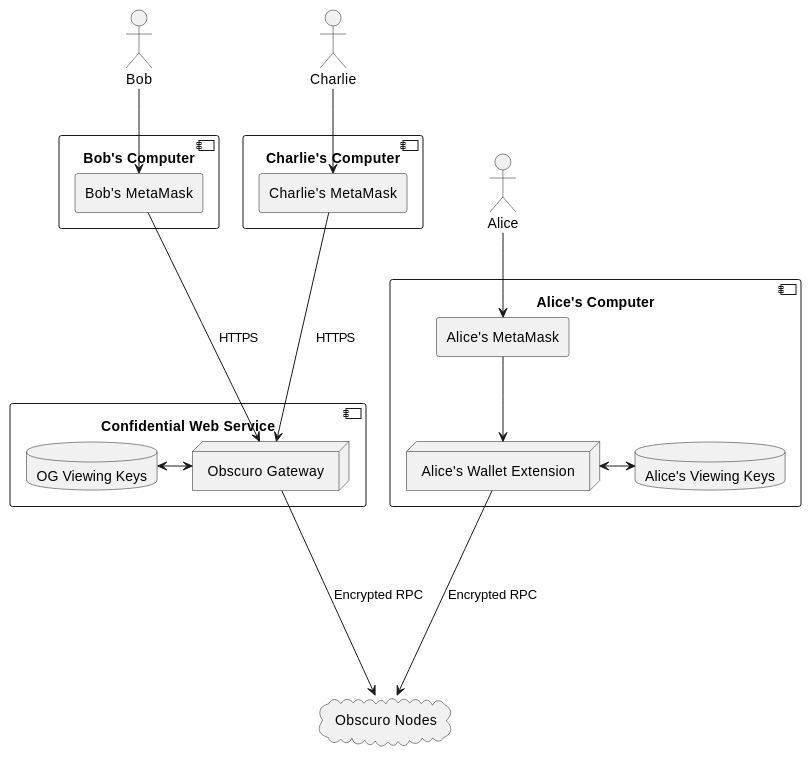
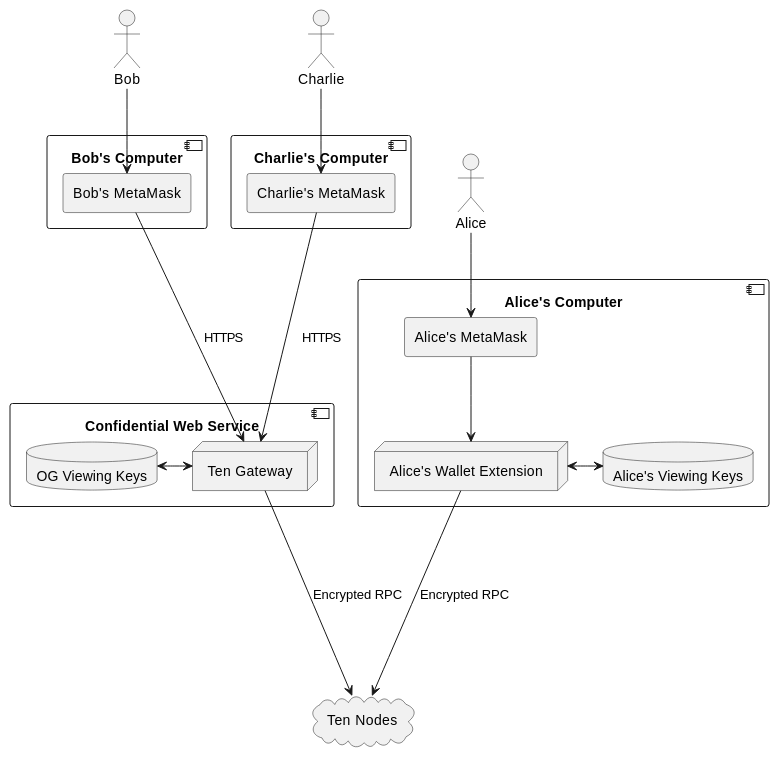
The first of 2 diagrams in design/ux/Obscuro_Gateway.md (ten-protocol/go-ten), drawn with PlantUML before and after one commit. The commit also changed other lines of this file and 73 other files, not shown here.

````diff
--- a/design/ux/Obscuro_Gateway.md
+++ b/design/ux/Obscuro_Gateway.md
@@ -27,41 +27,41 @@
 ```plantuml
 @startuml
 'https://plantuml.com/deployment-diagram
 
-cloud "Obscuro Nodes"
+cloud "Ten Nodes"
 
 actor Alice
 component "Alice's Computer"{
     agent "Alice's MetaMask"
     node "Alice's Wallet Extension"
     database "Alice's Viewing Keys"
 }
 Alice --> "Alice's MetaMask"
 "Alice's MetaMask" --> "Alice's Wallet Extension"
 "Alice's Wallet Extension" <-> "Alice's Viewing Keys"
-"Alice's Wallet Extension" ----> "Obscuro Nodes" : Encrypted RPC
+"Alice's Wallet Extension" ----> "Ten Nodes" : Encrypted RPC
 
 actor Bob
 component "Bob's Computer"{
     agent "Bob's MetaMask"
 }
 component "Confidential Web Service"{
-    node "Obscuro Gateway"
+    node "Ten Gateway"
     database "OG Viewing Keys"
 }
-"OG Viewing Keys" <-> "Obscuro Gateway"
+"OG Viewing Keys" <-> "Ten Gateway"
 
 Bob --> "Bob's MetaMask"
-"Bob's MetaMask" ---> "Obscuro Gateway" : HTTPS
-"Obscuro Gateway" ----> "Obscuro Nodes" : Encrypted RPC
+"Bob's MetaMask" ---> "Ten Gateway" : HTTPS
+"Ten Gateway" ----> "Ten Nodes" : Encrypted RPC
 
 actor Charlie
 component "Charlie's Computer"{
     agent "Charlie's MetaMask"
 }
-node "Obscuro Gateway"
+node "Ten Gateway"
 Charlie --> "Charlie's MetaMask"
-"Charlie's MetaMask" ---> "Obscuro Gateway" : HTTPS
+"Charlie's MetaMask" ---> "Ten Gateway" : HTTPS
 
 @enduml
 ```
````
